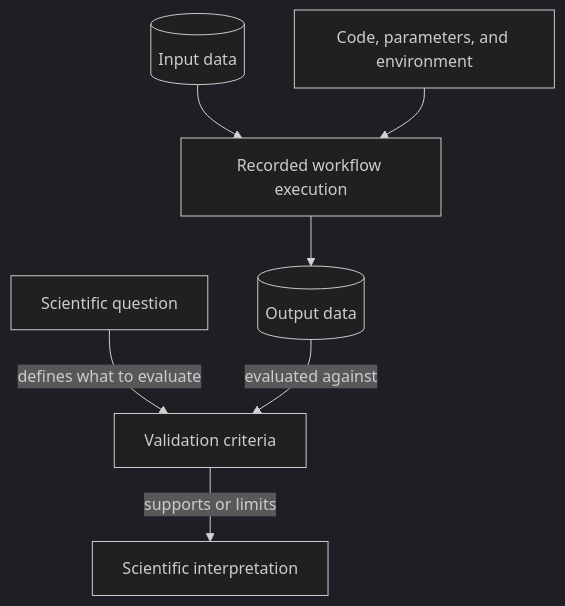
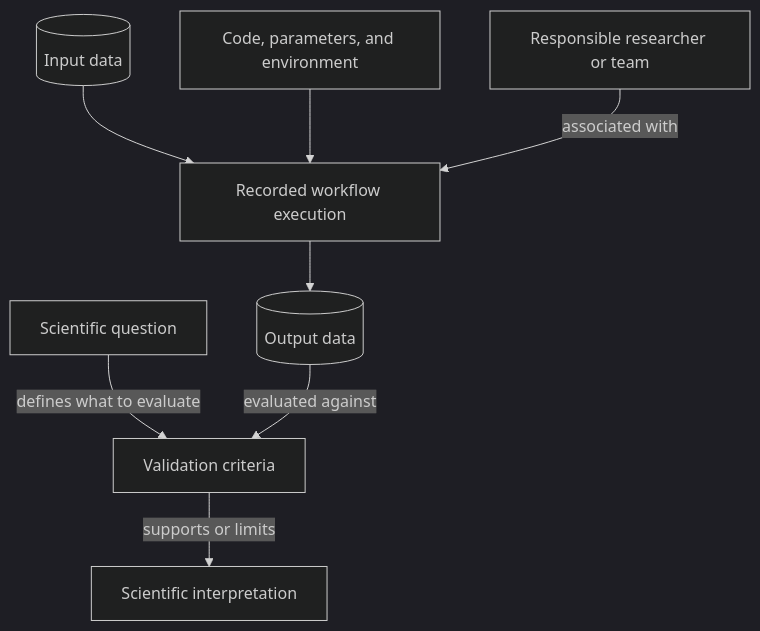
The fifth of 9 diagrams in _posts/2026-10-09-when-code-becomes-metadata.md (d33bs/set-website), drawn with Mermaid (dark theme) before and after one commit. The commit also changed other lines of this file, not shown here.

````diff
--- a/_posts/2026-10-09-when-code-becomes-metadata.md
+++ b/_posts/2026-10-09-when-code-becomes-metadata.md
@@ -113,9 +142,10 @@
 ```mermaid!
 flowchart TB
     intent["Scientific question"] -- "defines what to evaluate" --> validation["Validation criteria"]
     inputs[("Input data")] --> run["Recorded workflow execution"]
     implementation["Code, parameters, and environment"] --> run
+    team["Responsible researcher or team"] -- "associated with" --> run
     run --> outputs[("Output data")]
     outputs -- "evaluated against" --> validation
     validation -- "supports or limits" --> conclusion["Scientific interpretation"]
 ```
````
